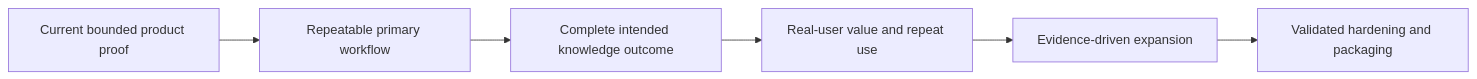
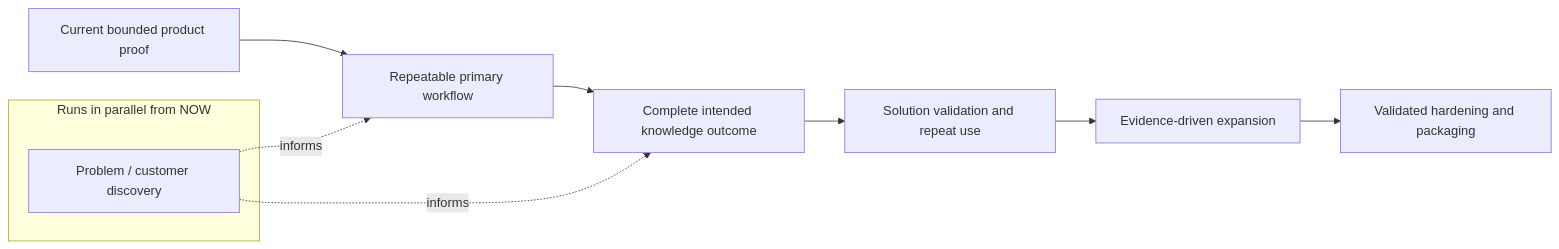
One commit to jakbuczarnecki/intergrax changed the diagram in docs/project/overview/ROADMAP.md. Above: the diagram before and after it, drawn with Mermaid. The commit also changed other lines of this file and 1 other file, not shown here.

First line of the commit message:
docs: run customer discovery alongside product development

````diff
--- a/docs/project/overview/ROADMAP.md
+++ b/docs/project/overview/ROADMAP.md
@@ -33,9 +34,14 @@
 ```mermaid
 flowchart LR
+    subgraph parallel [Runs in parallel from NOW]
+        PD[Problem / customer discovery]
+    end
     A[Current bounded product proof]
     A --> B[Repeatable primary workflow]
     B --> C[Complete intended knowledge outcome]
-    C --> D[Real-user value and repeat use]
+    PD -.->|informs| B
+    PD -.->|informs| C
+    C --> D[Solution validation and repeat use]
     D --> E[Evidence-driven expansion]
     E --> F[Validated hardening and packaging]
 ```
````
